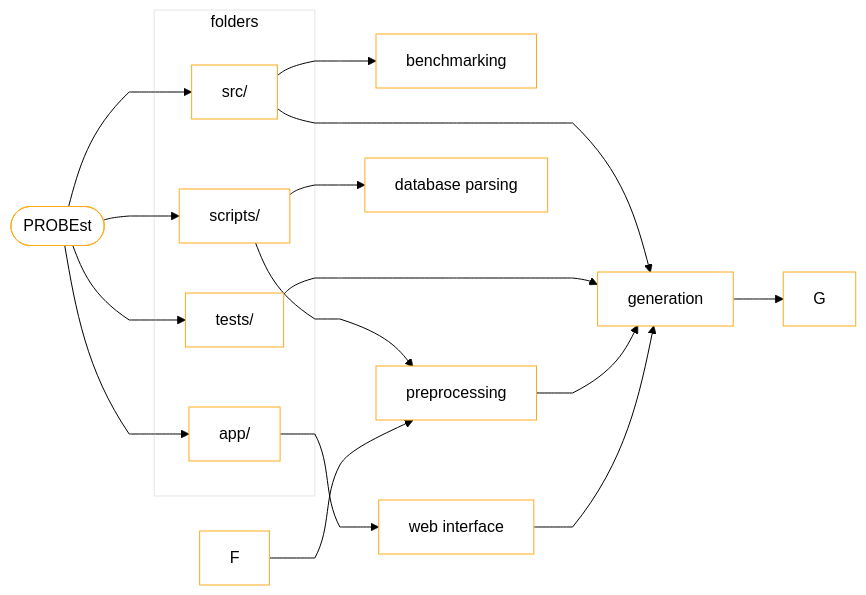
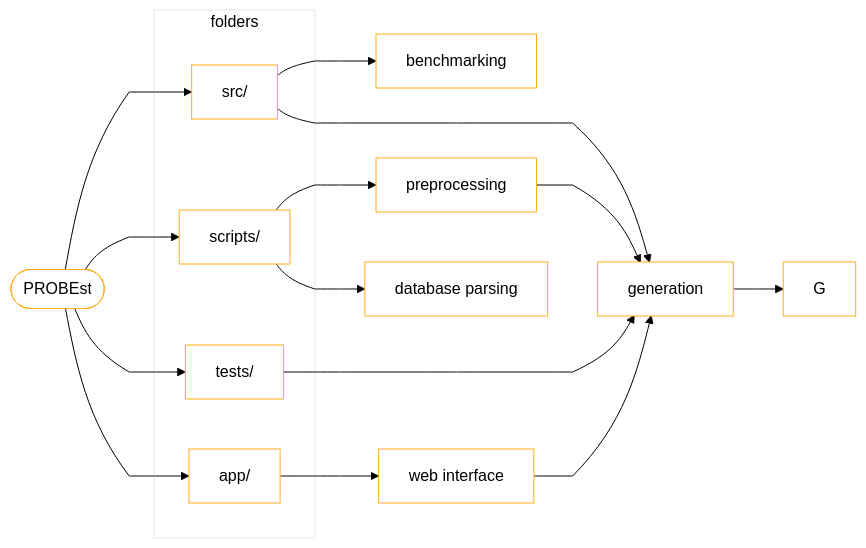
The third of 3 diagrams in README.md (CTLab-ITMO/PROBEst), drawn with Mermaid before and after one commit. The commit also changed other lines of this file and 5 other files, not shown here.

````diff
--- a/README.md
+++ b/README.md
@@ -254,51 +254,50 @@
 ```mermaid
 ---
 config:
   theme: neutral
   look: classic
 ---
 %%{init: {
   'theme': 'base',
   'themeVariables': {
     'fontFamily': 'arial',
     'fontSize': '16px',
     'primaryColor': '#fff',
     'primaryBorderColor': '#FFAC1C',
     'primaryTextColor': '#000',
     'lineColor': '#000',
     'secondaryColor': '#90EE90',
     'tertiaryColor': '#fff',
     'subgraphBorderStyle': 'dotted'
   },
   'flowchart': {
     'curve': 'monotoneY',
     'padding': 15
   }
 }}%%
 
 graph LR
     PROBEst([PROBEst]) --> src[src/]
     PROBEst --> scripts[scripts/]
     PROBEst --> tests[tests/]
     PROBEst --> app[app/]
 
     subgraph folders
     src
     scripts
     tests
     app
     end
     
     src --> C[benchmarking]
     src --> A[generation]
     tests --> A
     
     scripts --> D[preprocessing]
     scripts --> B[database parsing]
     D --> A
     
     app --> E[web interface]
     E --> A
-    F --> D
     A --> G
 ```
````
